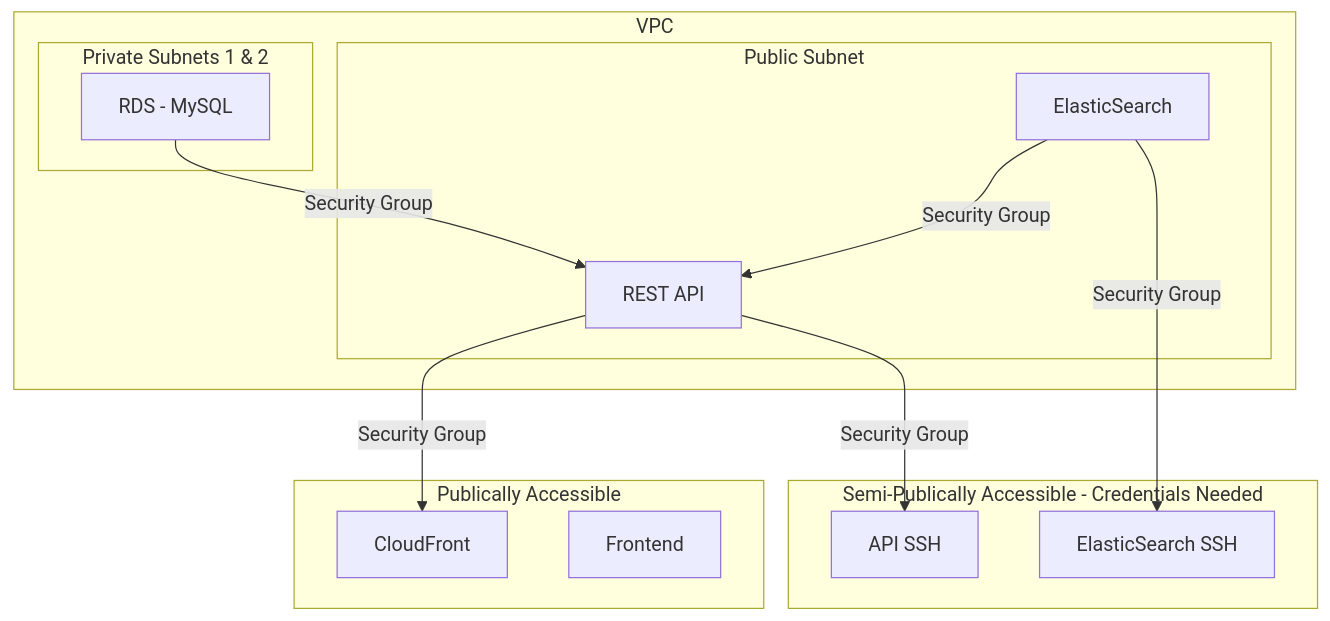
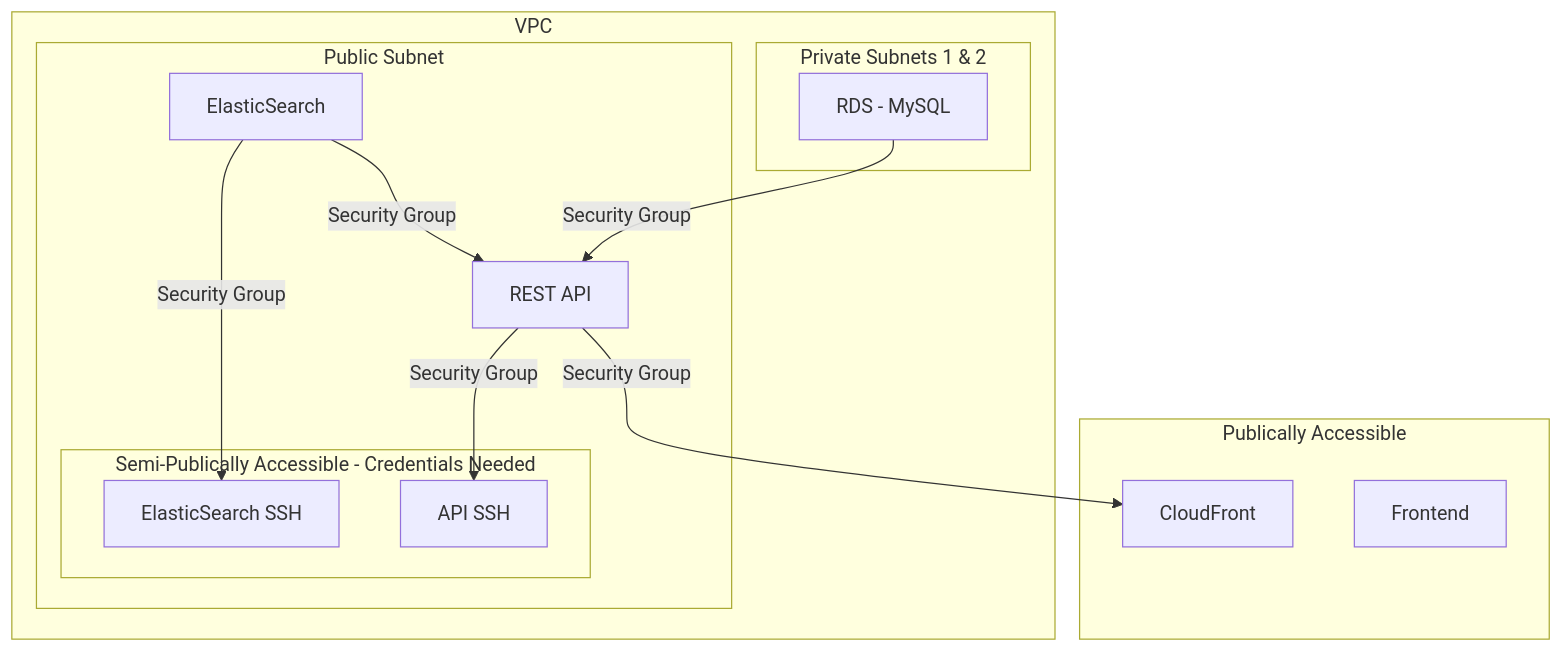
One commit to SheaSmith/discount-detective-web changed the first of 2 diagrams in README.md. Above: the diagram before and after it, drawn with Mermaid. The commit also changed 1 other file, not shown here.

Commit message:
Tweak readme diagram and disable performance mode for amplify

````diff
--- a/README.md
+++ b/README.md
@@ -50,25 +50,25 @@
 ```mermaid
 graph TD
     subgraph Publically Accessible
         CloudFront
         Frontend
-    end
-
-    subgraph Semi-Publically Accessible - Credentials Needed
-        ApiSSH[API SSH]
-        ElasticSearchSSH[ElasticSearch SSH]
     end
 
     subgraph VPC
         subgraph Public Subnet
             API[REST API] -->|Security Group| CloudFront
             ElasticSearch -->|Security Group| API
             ElasticSearch -->|Security Group| ElasticSearchSSH
             API -->|Security Group| ApiSSH
+
+            subgraph Semi-Publically Accessible - Credentials Needed
+                ApiSSH[API SSH]
+                ElasticSearchSSH[ElasticSearch SSH]
+            end
         end
 
         subgraph Private Subnets 1 & 2
             RDS[RDS - MySQL] -->|Security Group| API
         end
     end
 ```
````
